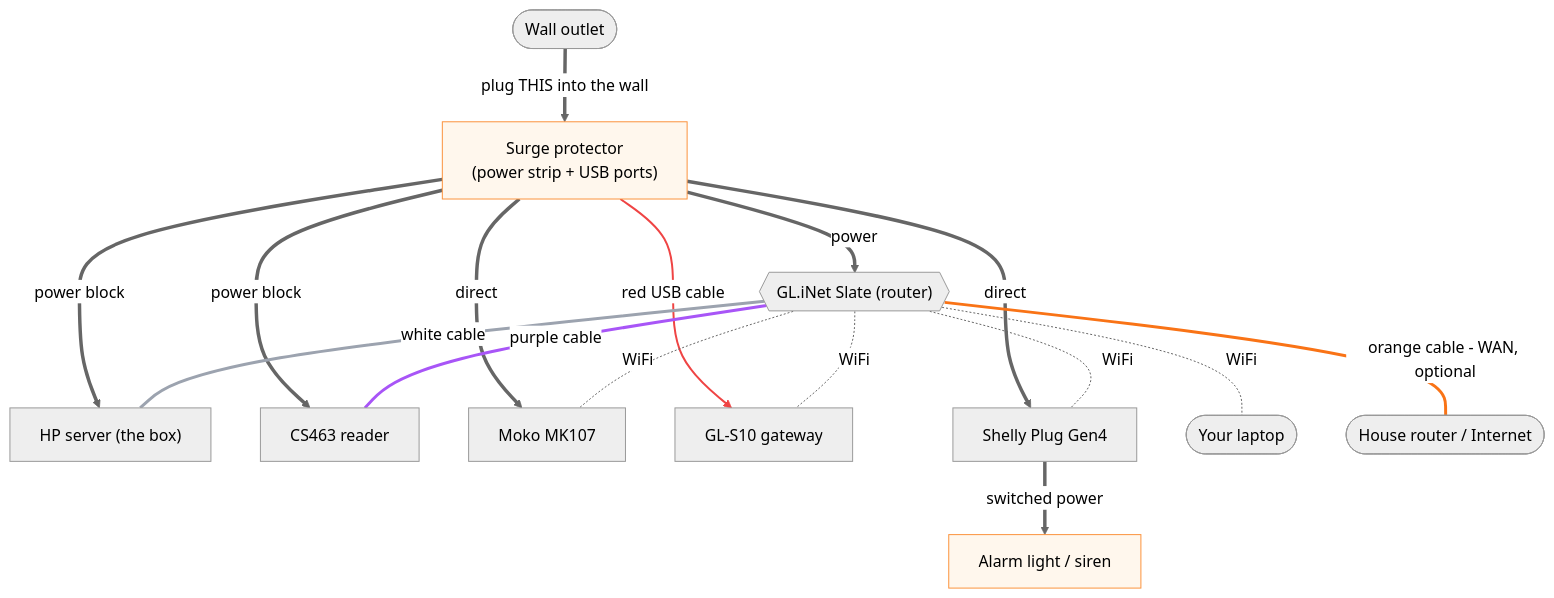
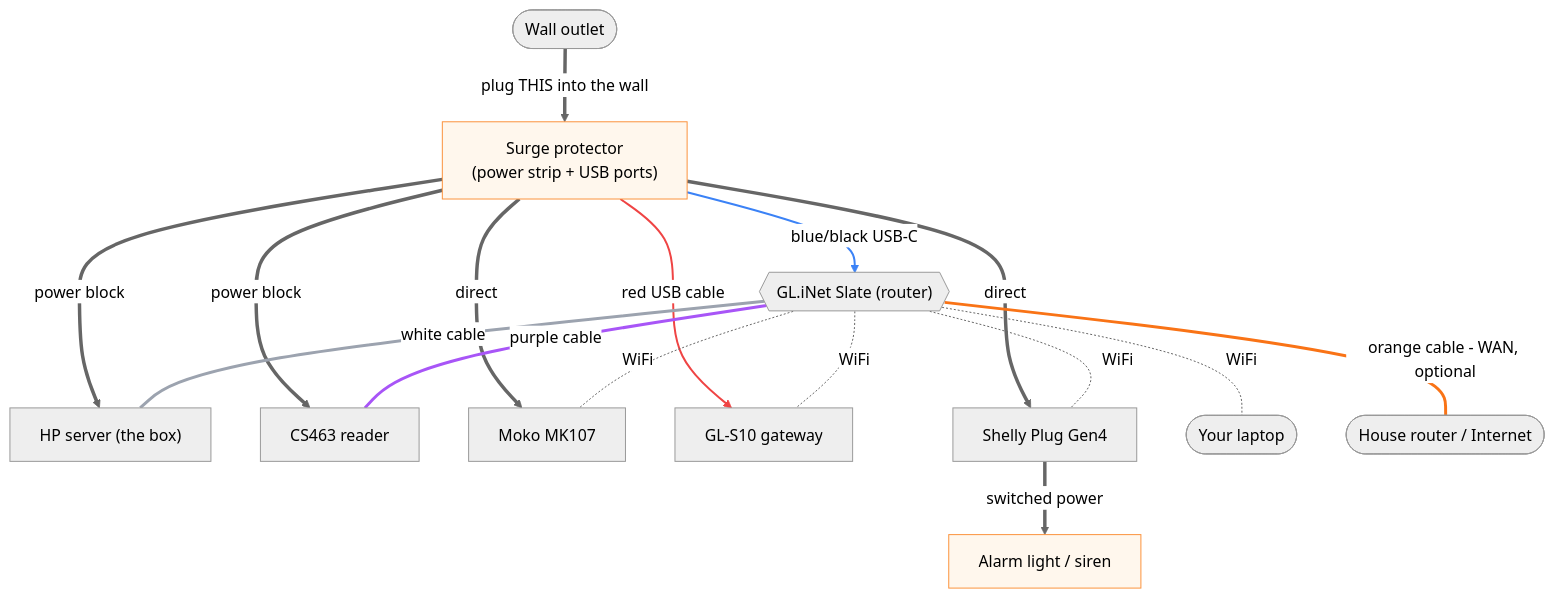
One commit to trakrf/platform changed the diagram in docs/runbooks/tra-904-tim-demo-card.md. Above: the diagram before and after it, drawn with Mermaid (neutral theme). The commit also changed other lines of this file and 3 other files, not shown here.

First line of the commit message:
docs(demo): Slate WiFi creds + blue/black USB-C Slate power

````diff
--- a/docs/runbooks/tra-904-tim-demo-card.md
+++ b/docs/runbooks/tra-904-tim-demo-card.md
@@ -30,42 +32,43 @@
 ```mermaid
 flowchart TB
   wall([Wall outlet])
   surge["Surge protector<br/>(power strip + USB ports)"]
   slate{{"GL.iNet Slate (router)"}}
   hp["HP server (the box)"]
   cs463["CS463 reader"]
   mk107["Moko MK107"]
   gls10["GL-S10 gateway"]
   shelly["Shelly Plug Gen4"]
   siren["Alarm light / siren"]
   laptop([Your laptop])
   inet([House router / Internet])
 
   %% POWER (thick arrows)
   wall ==>|plug THIS into the wall| surge
   surge ==>|power block| hp
   surge ==>|power block| cs463
   surge ==>|direct| mk107
   surge ==>|direct| shelly
-  surge ==>|power| slate
+  surge ==>|blue/black USB-C| slate
   surge ==>|red USB cable| gls10
   shelly ==>|switched power| siren
 
   %% WIRED LAN (color-coded cables)
   slate ---|white cable| hp
   slate ---|purple cable| cs463
   slate ---|orange cable - WAN, optional| inet
 
   %% WIRELESS
   slate -. WiFi .- laptop
   slate -. WiFi .- gls10
   slate -. WiFi .- mk107
   slate -. WiFi .- shelly
 
   classDef power fill:#fff7ed,stroke:#fb923c;
   class surge,siren power;
+  linkStyle 5 stroke:#3b82f6,stroke-width:2px;
   linkStyle 6 stroke:#ef4444,stroke-width:2px;
   linkStyle 8 stroke:#9ca3af,stroke-width:3px;
   linkStyle 9 stroke:#a855f7,stroke-width:3px;
   linkStyle 10 stroke:#f97316,stroke-width:3px;
 ```
````
